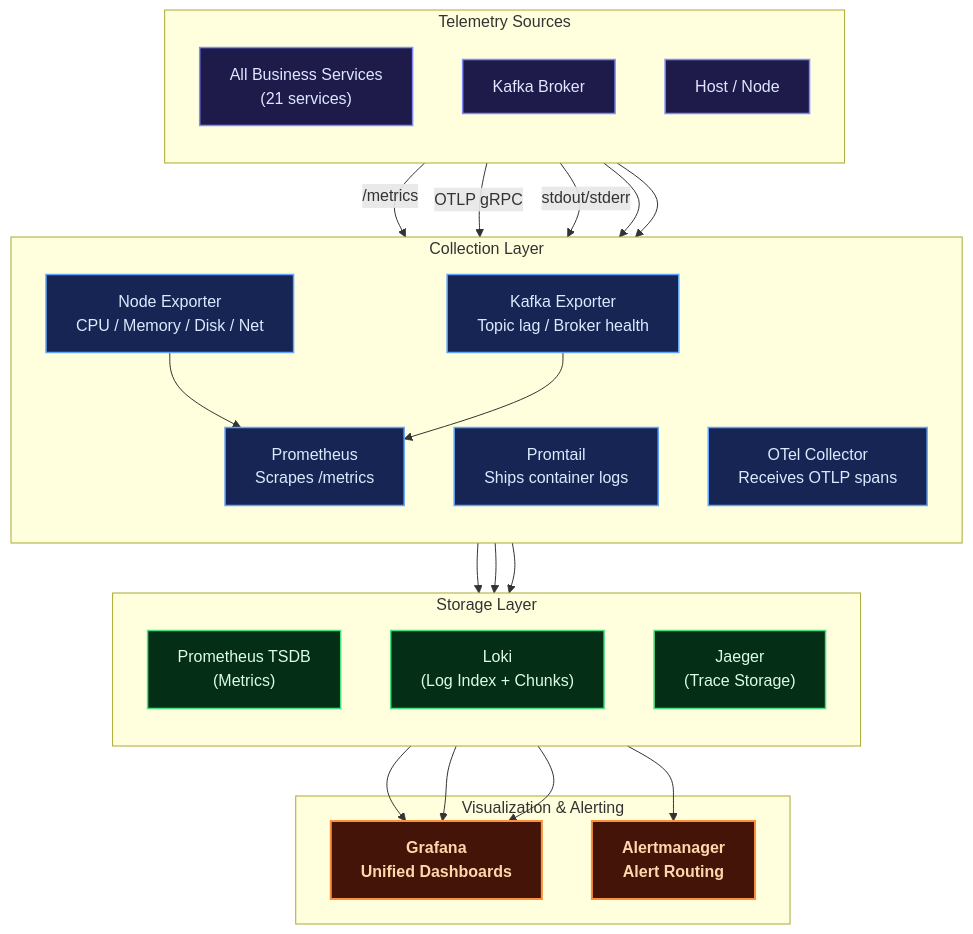
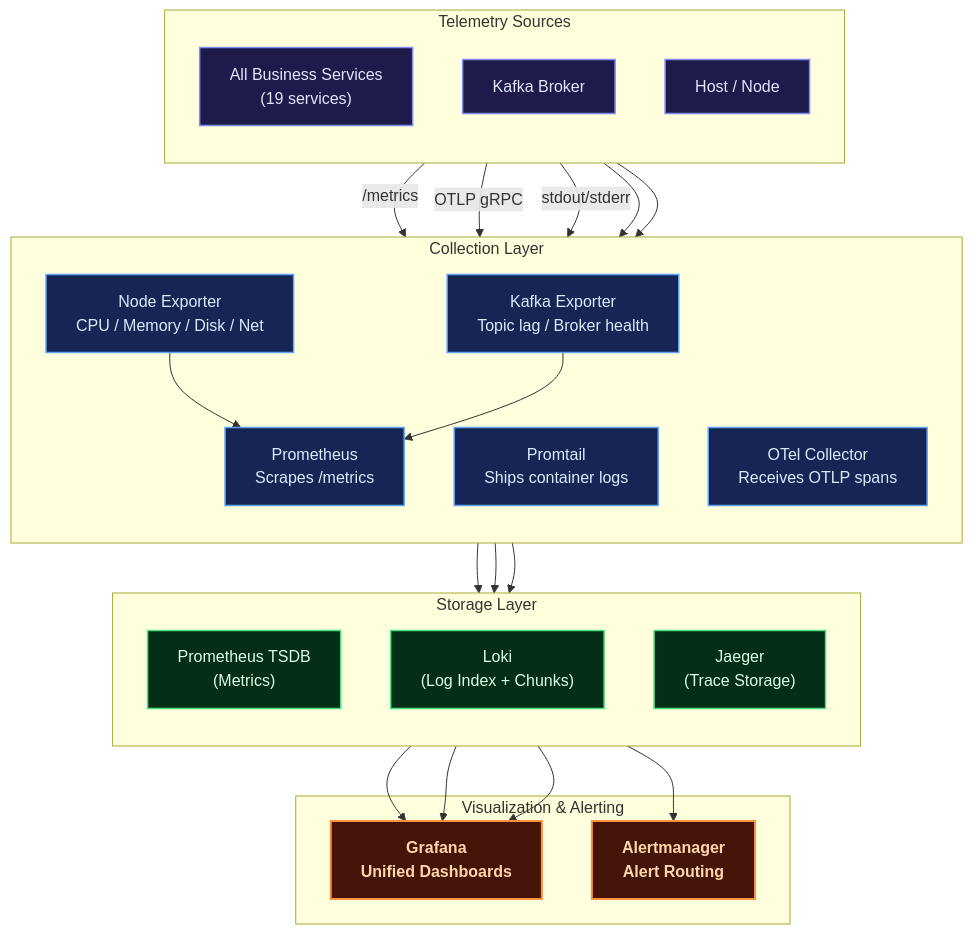
One commit to MamangRust/monolith-ecommerce-grpc changed the sixth of 8 diagrams in README.md. Above: the diagram before and after it, drawn with Mermaid. The commit also changed other lines of this file and 952 other files, not shown here.

Commit message:
refactor: reorganize service architectures, update Kubernetes deployments, and optimize shared utility structures.

````diff
--- a/README.md
+++ b/README.md
@@ -336,52 +435,52 @@
 ```mermaid
 graph TB
     classDef service fill:#1e1b4b,stroke:#818cf8,color:#e0e7ff,stroke-width:1.5px
     classDef collector fill:#172554,stroke:#60a5fa,color:#dbeafe,stroke-width:1.5px
     classDef storage fill:#052e16,stroke:#4ade80,color:#dcfce7,stroke-width:1.5px
     classDef viz fill:#431407,stroke:#fb923c,color:#fed7aa,stroke-width:2px,font-weight:bold
 
     subgraph Sources["Telemetry Sources"]
         direction TB
-        SVCS["All Business Services<br/>(21 services)"]:::service
+        SVCS["All Business Services<br/>(19 services)"]:::service
         KAFKA_SRC["Kafka Broker"]:::service
         NODES["Host / Node"]:::service
     end
 
     subgraph Collectors["Collection Layer"]
         direction TB
         PROM["Prometheus<br/>Scrapes /metrics"]:::collector
         PROMTAIL["Promtail<br/>Ships container logs"]:::collector
         OTEL["OTel Collector<br/>Receives OTLP spans"]:::collector
         NODEX["Node Exporter<br/>CPU / Memory / Disk / Net"]:::collector
         KAFKAX["Kafka Exporter<br/>Topic lag / Broker health"]:::collector
     end
 
     subgraph Storage["Storage Layer"]
         direction TB
         PROM_TSDB["Prometheus TSDB<br/>(Metrics)"]:::storage
         LOKI_STORE["Loki<br/>(Log Index + Chunks)"]:::storage
         JAEGER_STORE["Jaeger<br/>(Trace Storage)"]:::storage
     end
 
     subgraph Visualization["Visualization & Alerting"]
         GRAFANA["Grafana<br/>Unified Dashboards"]:::viz
         ALERTMGR["Alertmanager<br/>Alert Routing"]:::viz
     end
 
     SVCS -->|"/metrics"| PROM
     SVCS -->|"OTLP gRPC"| OTEL
     SVCS -->|"stdout/stderr"| PROMTAIL
     NODES --> NODEX
     KAFKA_SRC --> KAFKAX
 
     NODEX --> PROM
     KAFKAX --> PROM
     PROM --> PROM_TSDB
     PROMTAIL --> LOKI_STORE
     OTEL --> JAEGER_STORE
 
     PROM_TSDB --> GRAFANA
     LOKI_STORE --> GRAFANA
     JAEGER_STORE --> GRAFANA
     PROM_TSDB --> ALERTMGR
 ```
````
